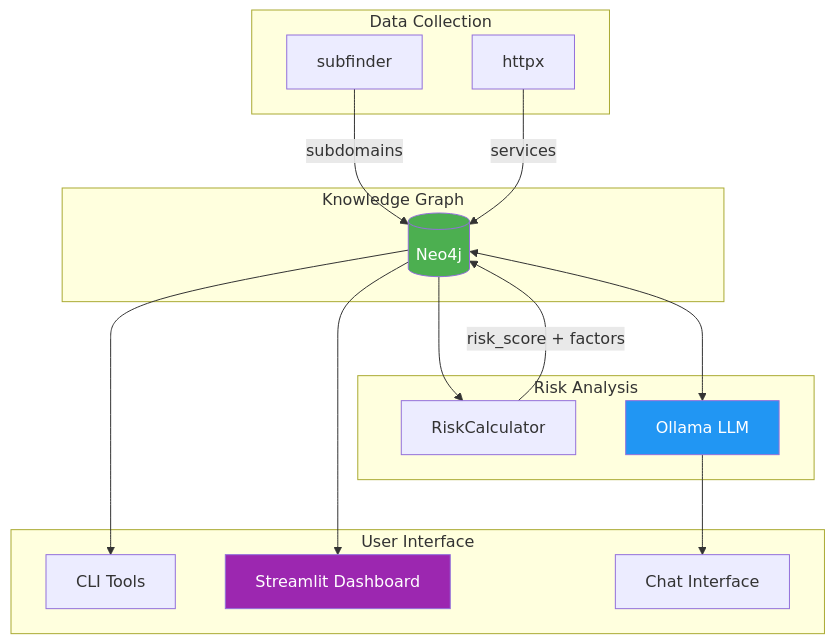
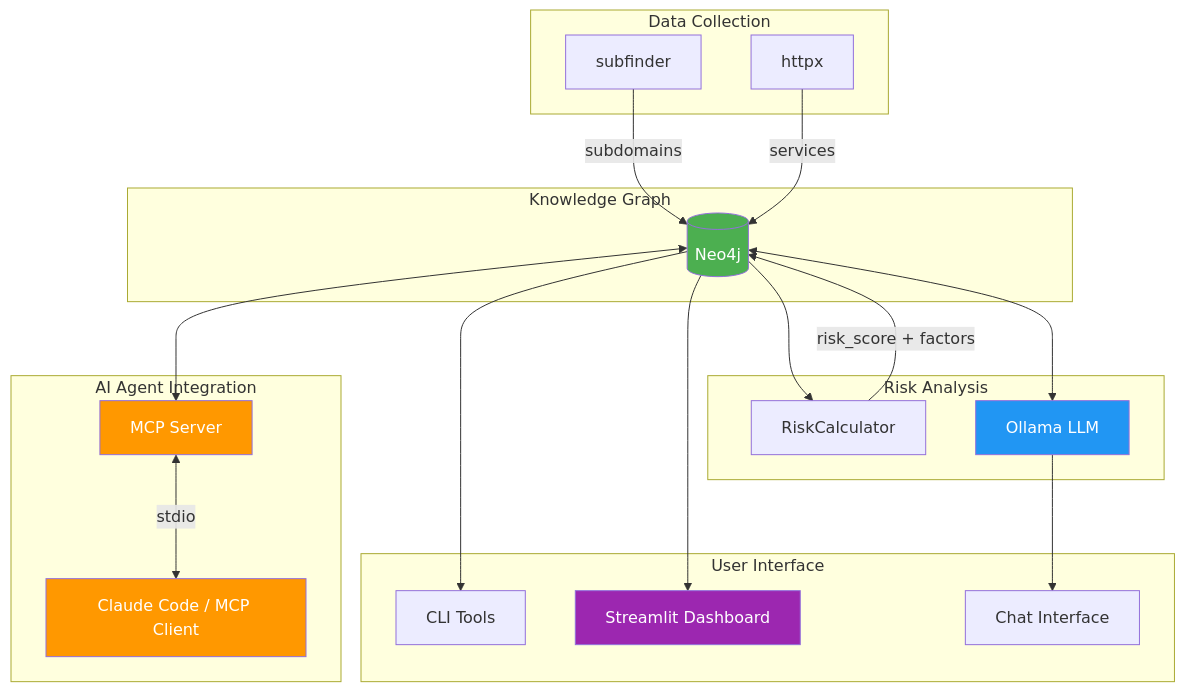
The diagram in README.md (pranayom/exposure_graph), drawn with Mermaid before and after one commit. The commit also changed other lines of this file, not shown here.

Commit message:
adding MCP section in the readme

````diff
--- a/README.md
+++ b/README.md
@@ -38,35 +40,44 @@
 ```mermaid
 flowchart TB
     subgraph Collection["Data Collection"]
         SF[subfinder]
         HX[httpx]
     end
 
     subgraph Storage["Knowledge Graph"]
         NEO[(Neo4j)]
     end
 
     subgraph Analysis["Risk Analysis"]
         SCORE[RiskCalculator]
         LLM[Ollama LLM]
     end
 
     subgraph Interface["User Interface"]
         CLI[CLI Tools]
         DASH[Streamlit Dashboard]
         CHAT[Chat Interface]
     end
 
+    subgraph Agentic["AI Agent Integration"]
+        MCP[MCP Server]
+        CC[Claude Code / MCP Client]
+    end
+
     SF -->|subdomains| NEO
     HX -->|services| NEO
     NEO --> SCORE
     SCORE -->|risk_score + factors| NEO
     NEO <--> LLM
     LLM --> CHAT
     NEO --> DASH
     NEO --> CLI
+    NEO <--> MCP
+    MCP <-->|stdio| CC
 
     style NEO fill:#4CAF50,color:#fff
     style LLM fill:#2196F3,color:#fff
     style DASH fill:#9C27B0,color:#fff
+    style MCP fill:#FF9800,color:#fff
+    style CC fill:#FF9800,color:#fff
 ```
````
